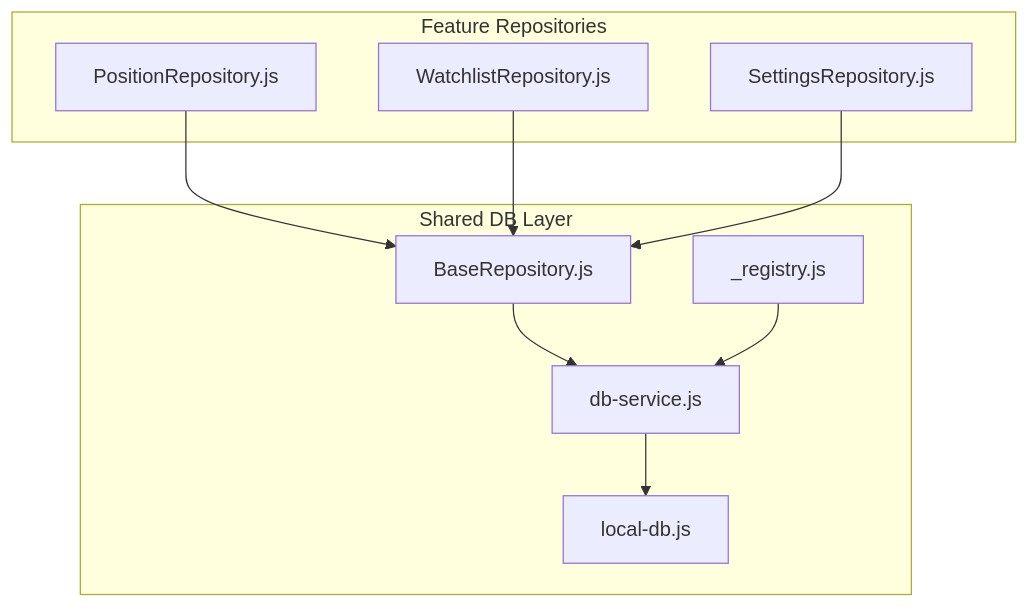
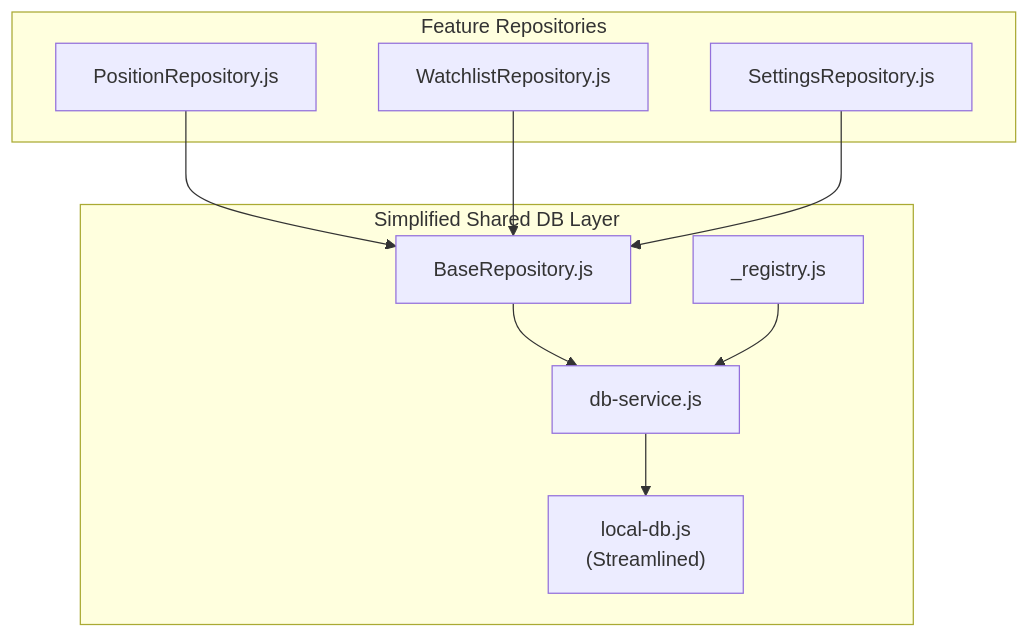
The first of 4 diagrams in .qoder/repowiki/en/content/Data Layer & Database/Local Storage & IndexedDB Implementation.md (iliyas77/MTF-monitor), drawn with Mermaid before and after one commit. The commit also changed other lines of this file and 69 other files, not shown here.

````diff
--- a/.qoder/repowiki/en/content/Data Layer & Database/Local Storage & IndexedDB Implementation.md
+++ b/.qoder/repowiki/en/content/Data Layer & Database/Local Storage & IndexedDB Implementation.md
@@ -34,20 +42,20 @@
 ```mermaid
 graph TB
-subgraph "Shared DB Layer"
-LDB["local-db.js"]
+subgraph "Simplified Shared DB Layer"
+LDB["local-db.js<br/>(Streamlined)"]
 DBS["db-service.js"]
 BASE["BaseRepository.js"]
 REG["_registry.js"]
 end
 subgraph "Feature Repositories"
 POS["PositionRepository.js"]
 WL["WatchlistRepository.js"]
 SET["SettingsRepository.js"]
 end
 POS --> BASE
 WL --> BASE
 SET --> BASE
 BASE --> DBS
 DBS --> LDB
 REG --> DBS
 ```
````
